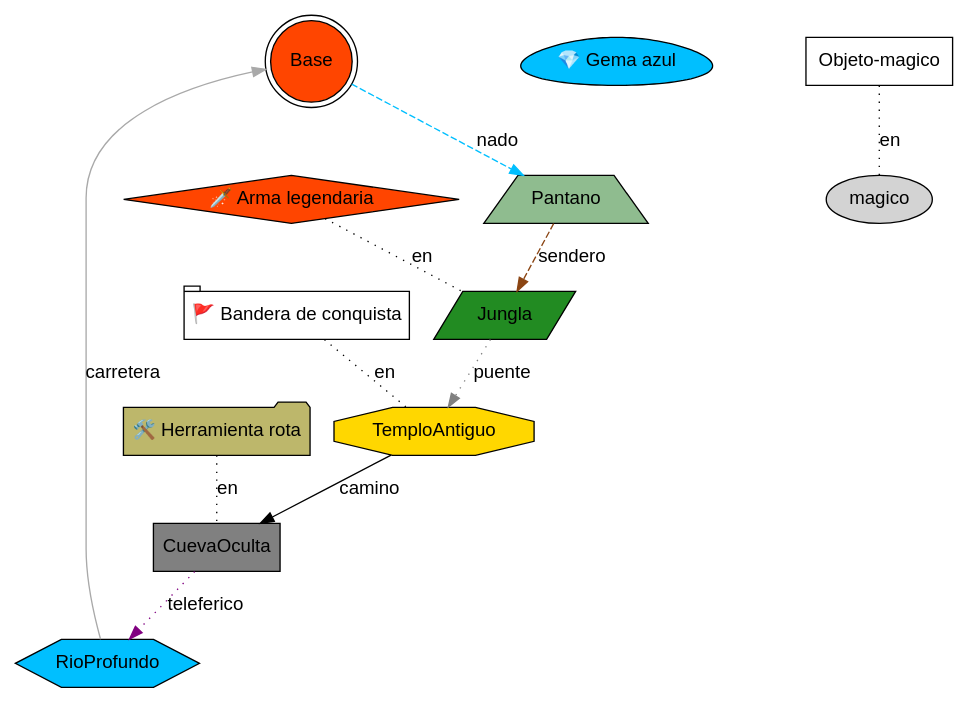
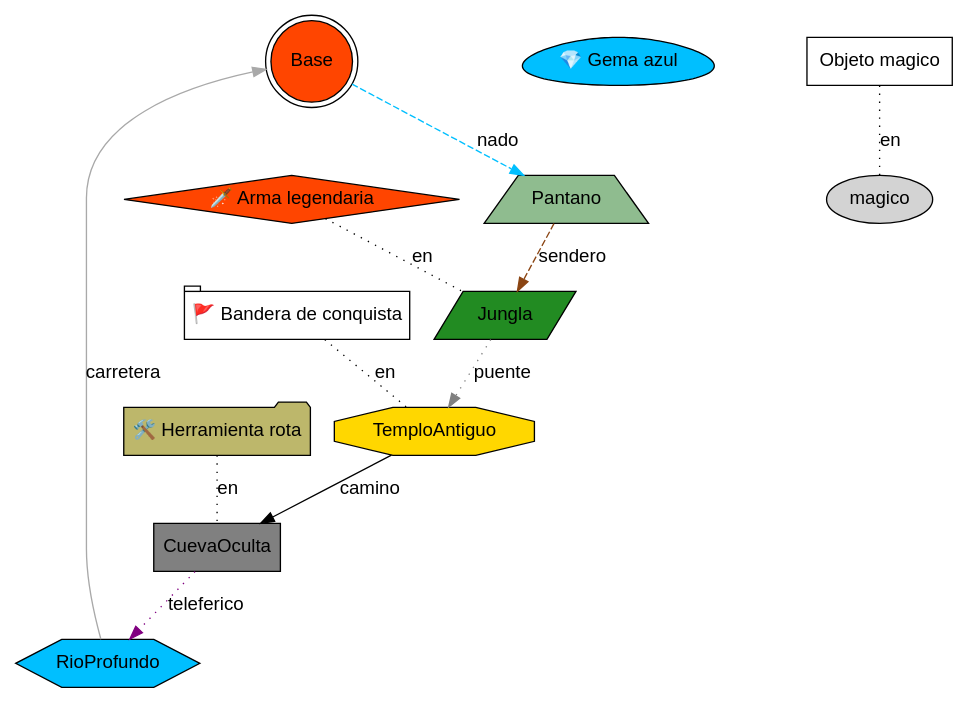
Before and after one commit to JoseArt777/-LFP-202100305-: the diagram in Proyecto2/Proyecto 2V2/Main/temp_Expedicion_Volcanica.dot, drawn with Graphviz. The commit also changed 2 other files, not shown here.

```diff
--- a/Proyecto2/Proyecto 2V2/Main/temp_Expedicion_Volcanica.dot
+++ b/Proyecto2/Proyecto 2V2/Main/temp_Expedicion_Volcanica.dot
@@ -1,35 +1,35 @@
 digraph "Expedicion Volcanica" {
   // Configuración general
   graph [fontname="Arial", rankdir=TB, overlap=false, splines=true];
   node [fontname="Arial", style=filled];
   edge [fontname="Arial"];
 
   // Lugares
   "Base" [shape=doublecircle, fillcolor="orangered", label="Base", pos="0,0!"];
   "Pantano" [shape=trapezium, fillcolor="darkseagreen", label="Pantano", pos="1,2!"];
   "Jungla" [shape=parallelogram, fillcolor="forestgreen", label="Jungla", pos="2,4!"];
   "TemploAntiguo" [shape=octagon, fillcolor="gold", label="TemploAntiguo", pos="4,3!"];
   "RioProfundo" [shape=hexagon, fillcolor="deepskyblue", label="RioProfundo", pos="3,1!"];
   "CuevaOculta" [shape=box, fillcolor="gray", label="CuevaOculta", pos="5,0!"];
 
   // Objetos en coordenadas específicas
   "obj_Gema_azul" [shape=egg, fillcolor="deepskyblue", label="💎 Gema azul", pos="4,2!"];
 
   // Objetos en lugares
   "obj_Arma_legendaria" [shape=diamond, fillcolor="orangered", label="🗡️ Arma legendaria"];
   "obj_Arma_legendaria" -> "Jungla" [label="en", dir=none, style=dotted];
   "obj_Bandera_de_conquista" [shape=tab, fillcolor="white", label="🚩 Bandera de conquista"];
   "obj_Bandera_de_conquista" -> "TemploAntiguo" [label="en", dir=none, style=dotted];
-  "obj_Objeto-magico" [shape=box, fillcolor="white", label=" Objeto-magico"];
-  "obj_Objeto-magico" -> "magico" [label="en", dir=none, style=dotted];
+  "obj_Objeto_magico" [shape=box, fillcolor="white", label=" Objeto magico"];
+  "obj_Objeto_magico" -> "magico" [label="en", dir=none, style=dotted];
   "obj_Herramienta_rota" [shape=folder, fillcolor="darkkhaki", label="🛠️ Herramienta rota"];
   "obj_Herramienta_rota" -> "CuevaOculta" [label="en", dir=none, style=dotted];
 
   // Conexiones entre lugares
   "Base" -> "Pantano" [label="nado", color="deepskyblue", style=dashed];
   "Pantano" -> "Jungla" [label="sendero", color="saddlebrown", style=dashed];
   "Jungla" -> "TemploAntiguo" [label="puente", color="gray", style=dotted];
   "TemploAntiguo" -> "CuevaOculta" [label="camino", color="black", style=solid];
   "RioProfundo" -> "Base" [label="carretera", color="darkgray", style=solid];
   "CuevaOculta" -> "RioProfundo" [label="teleferico", color="purple", style=dotted];
 }
```
